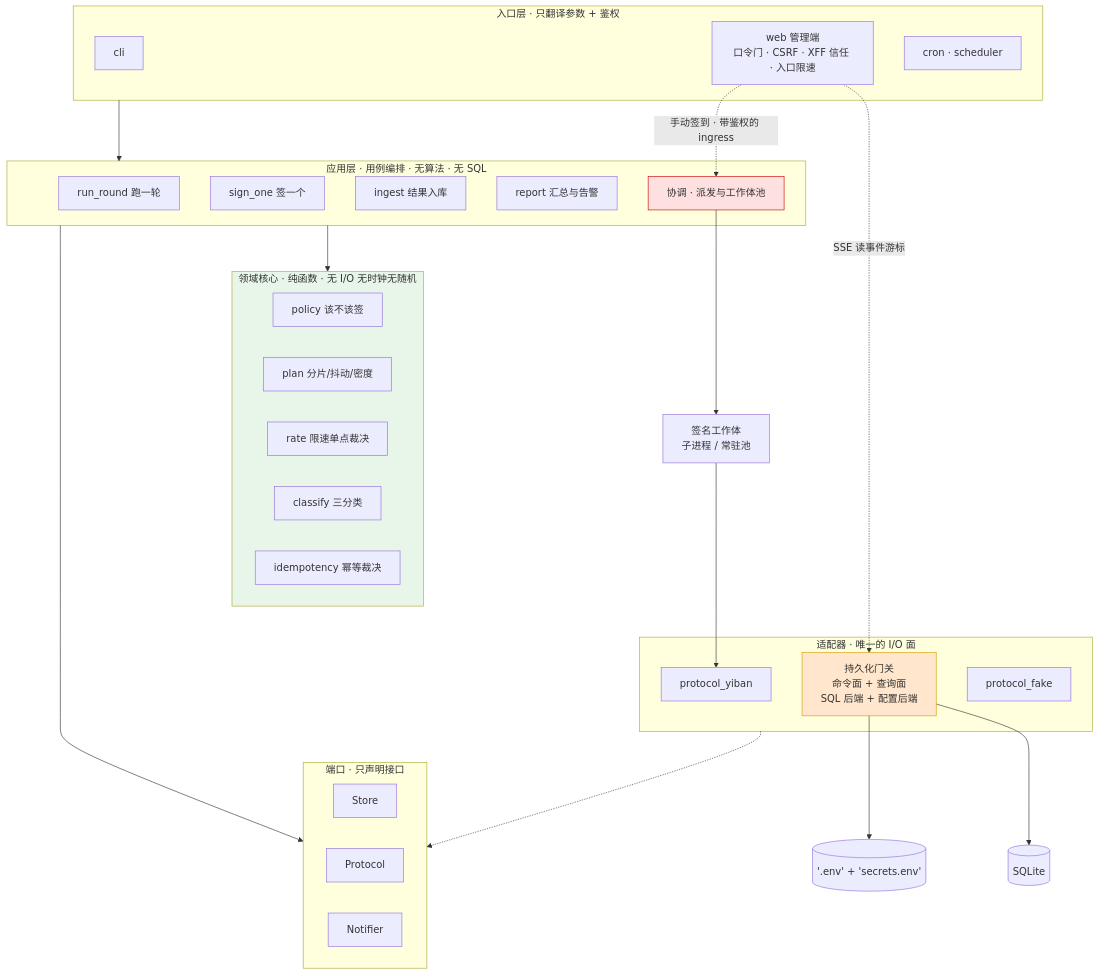
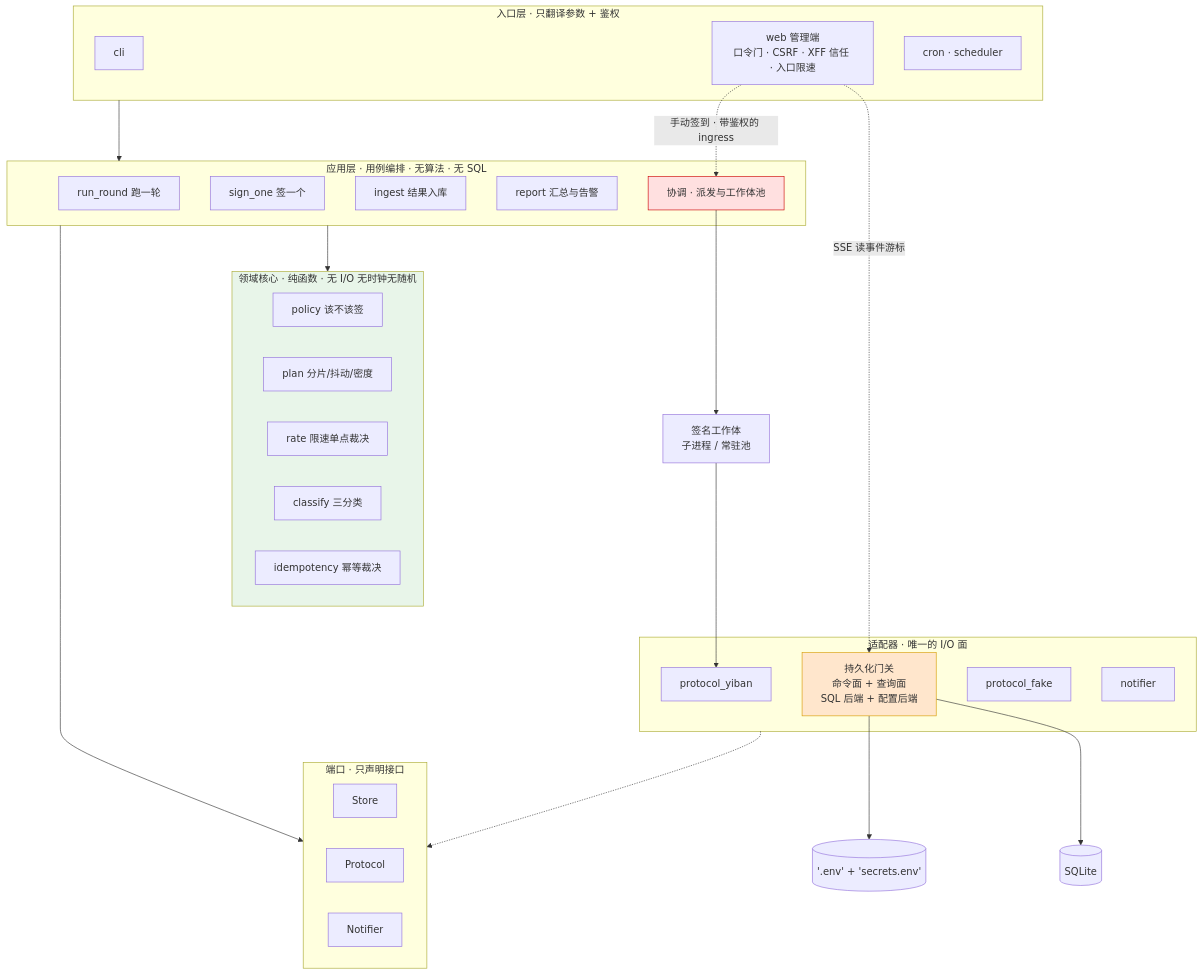
The first of 4 diagrams in docs/dev/architecture-target.md (frostpolaris1/yiban-auto-sign), drawn with Mermaid before and after one commit. The commit also changed 30 other files, not shown here.

````diff
--- a/docs/dev/architecture-target.md
+++ b/docs/dev/architecture-target.md
@@ -9,55 +9,56 @@
 ```mermaid
 flowchart TD
     subgraph ENTRY["入口层 · 只翻译参数 + 鉴权"]
         CLI["cli"]
         WEB["web 管理端<br/>口令门 · CSRF · XFF 信任 · 入口限速"]
         CRON["cron · scheduler"]
     end
 
     subgraph APP["应用层 · 用例编排 · 无算法 · 无 SQL"]
         ROUND["run_round 跑一轮"]
         SIGNONE["sign_one 签一个"]
         ING["ingest 结果入库"]
         REP["report 汇总与告警"]
         COORD["协调 · 派发与工作体池"]
     end
 
     subgraph CORE["领域核心 · 纯函数 · 无 I/O 无时钟无随机"]
         POL["policy 该不该签"]
         PLAN["plan 分片/抖动/密度"]
         RATE["rate 限速单点裁决"]
         CLS["classify 三分类"]
         IDEM["idempotency 幂等裁决"]
     end
 
     subgraph PORTS["端口 · 只声明接口"]
         PS["Store"]
         PP["Protocol"]
         PN["Notifier"]
     end
 
     subgraph ADAPT["适配器 · 唯一的 I/O 面"]
         GATE["持久化门关<br/>命令面 + 查询面<br/>SQL 后端 + 配置后端"]
         PYI["protocol_yiban"]
         PFAKE["protocol_fake"]
+        NOTIF["notifier"]
     end
 
     DB[("SQLite")]
     CFG[("'.env' + 'secrets.env'")]
     WORK["签名工作体<br/>子进程 / 常驻池"]
 
     ENTRY --> APP
     APP --> CORE
     APP --> PORTS
     COORD --> WORK
     WORK --> PYI
     ADAPT -.-> PORTS
     GATE --> DB
     GATE --> CFG
     WEB -.->|"SSE 读事件游标"| GATE
     WEB -.->|"手动签到 · 带鉴权的 ingress"| COORD
 
     style GATE fill:#ffe6cc,stroke:#d79b00
     style COORD fill:#ffe0e0,stroke:#cc0000
     style CORE fill:#e8f5e9
 ```
````
